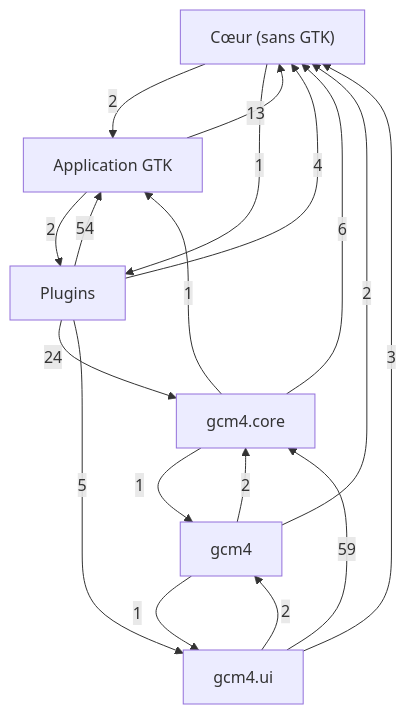
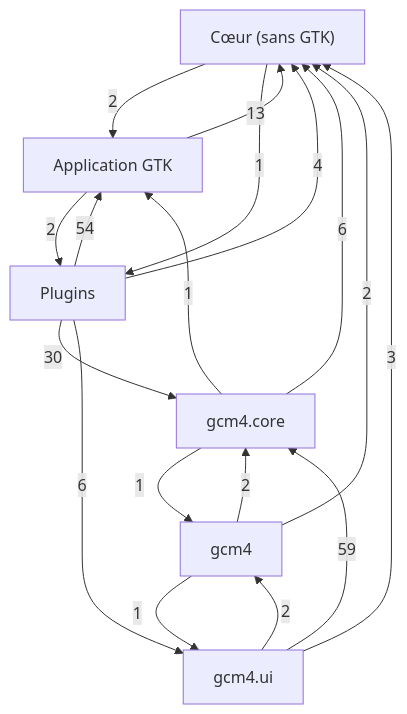
One commit to Mathilde-Team/Gcm4 changed the first of 7 diagrams in docs/class-diagram.md. Above: the diagram before and after it, drawn with Mermaid. The commit also changed other lines of this file and 2 other files, not shown here.

Commit message:
fix(rdp): règles loguru, diagramme de classes, catalogue fr compilé (#105)

````diff
--- a/docs/class-diagram.md
+++ b/docs/class-diagram.md
@@ -21,26 +21,26 @@
 ```mermaid
 flowchart TD
     g0["Cœur (sans GTK)"]
     g1["Application GTK"]
     g2["Plugins"]
     g3["gcm4"]
     g4["gcm4.core"]
     g5["gcm4.ui"]
     g1 -->|13| g0
     g1 -->|2| g2
     g0 -->|2| g1
     g0 -->|1| g2
     g2 -->|54| g1
     g2 -->|4| g0
-    g2 -->|24| g4
-    g2 -->|5| g5
+    g2 -->|30| g4
+    g2 -->|6| g5
     g3 -->|2| g0
     g3 -->|2| g4
     g3 -->|1| g5
     g4 -->|1| g1
     g4 -->|6| g0
     g4 -->|1| g3
     g5 -->|3| g0
     g5 -->|2| g3
     g5 -->|59| g4
 ```
````
